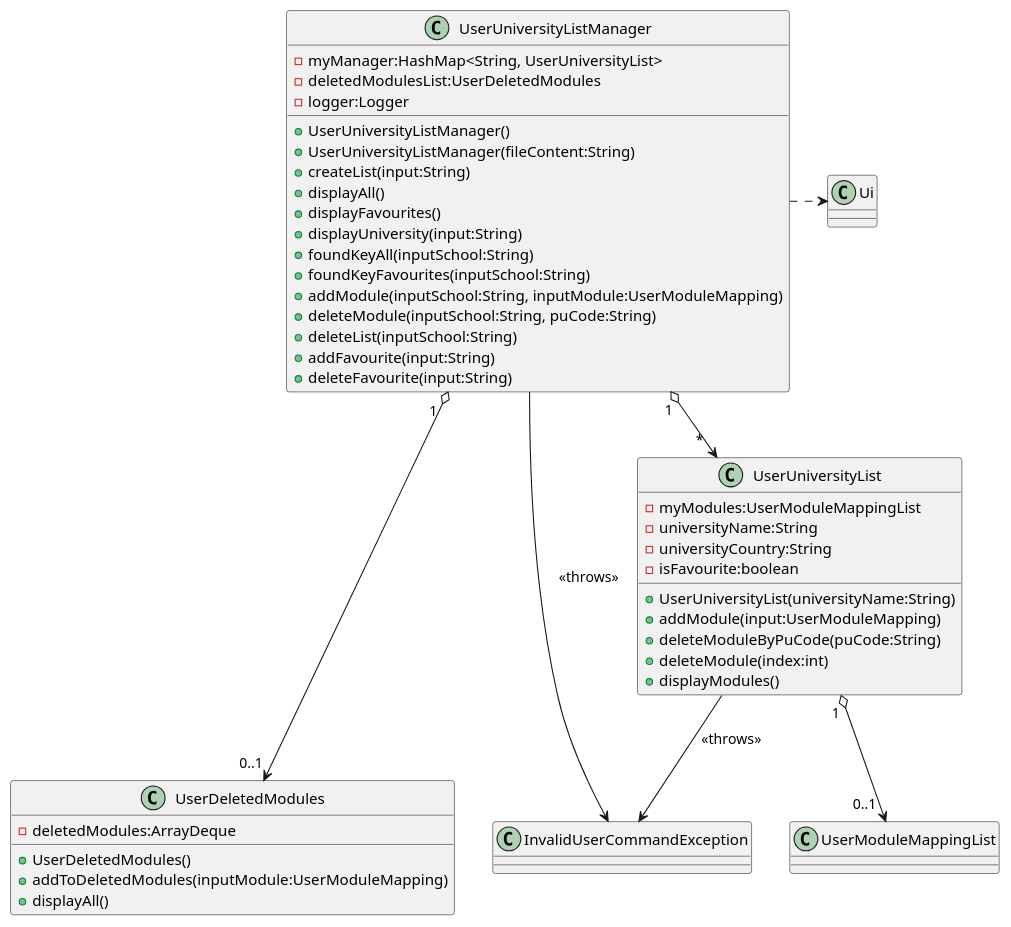
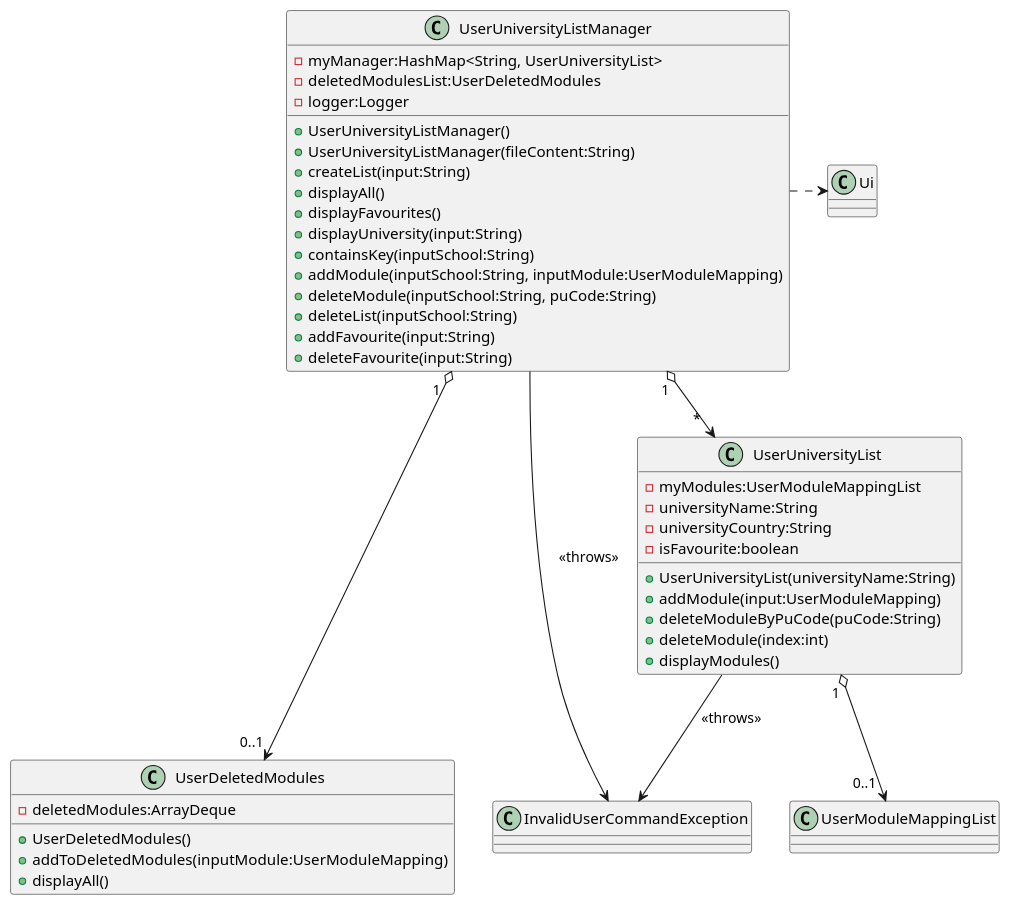
One commit to nus-cs2113-AY2223S1/tp changed the diagram in docs/diagrams/UserUniversityListManager_Class.puml. Above: the diagram before and after it, drawn with PlantUML. The commit also changed 9 other files, not shown here.

Commit message:
Update UML diagrams

```diff
--- a/docs/diagrams/UserUniversityListManager_Class.puml
+++ b/docs/diagrams/UserUniversityListManager_Class.puml
@@ -1,58 +1,57 @@
 @startuml
 'https://plantuml.com/sequence-diagram
 
 
 class UserModuleMappingList {
 }
 
 class InvalidUserCommandException {
 }
 
 class UserDeletedModules {
     - deletedModules:ArrayDeque
     + UserDeletedModules()
     + addToDeletedModules(inputModule:UserModuleMapping)
     + displayAll()
 }
 
 class Ui {
 }
 
 class UserUniversityList {
     - myModules:UserModuleMappingList
     - universityName:String
     - universityCountry:String
     - isFavourite:boolean
     + UserUniversityList(universityName:String)
     + addModule(input:UserModuleMapping)
     + deleteModuleByPuCode(puCode:String)
     + deleteModule(index:int)
     + displayModules()
 }
 
 class UserUniversityListManager {
     - myManager:HashMap<String, UserUniversityList>
     - deletedModulesList:UserDeletedModules
     - logger:Logger
     + UserUniversityListManager()
     + UserUniversityListManager(fileContent:String)
     + createList(input:String)
     + displayAll()
     + displayFavourites()
     + displayUniversity(input:String)
-    + foundKeyAll(inputSchool:String)
-    + foundKeyFavourites(inputSchool:String)
+    + containsKey(inputSchool:String)
     + addModule(inputSchool:String, inputModule:UserModuleMapping)
     + deleteModule(inputSchool:String, puCode:String)
     + deleteList(inputSchool:String)
     + addFavourite(input:String)
     + deleteFavourite(input:String)
 }
 
 UserUniversityListManager " 1 " o--> " *  " UserUniversityList
 UserUniversityListManager " 1  " o---> " 0..1 " UserDeletedModules
 UserUniversityList " 1 " o--> "0..1 " UserModuleMappingList
 UserUniversityListManager -> InvalidUserCommandException :<<throws>>
 UserUniversityList --> InvalidUserCommandException :<<throws>>
 UserUniversityListManager .> Ui
 @enduml
```
